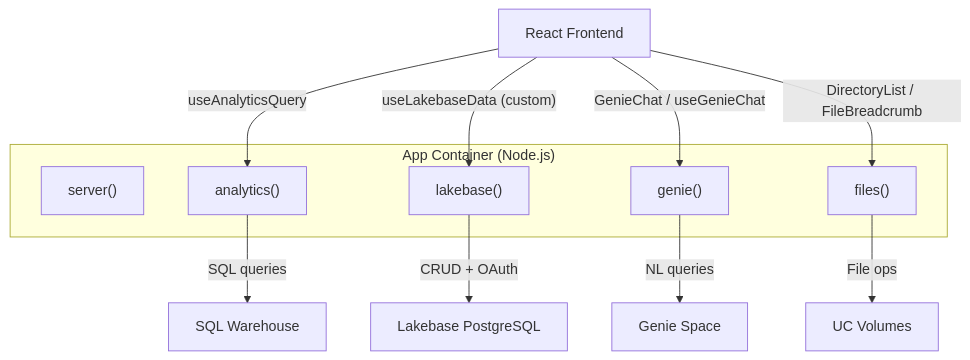
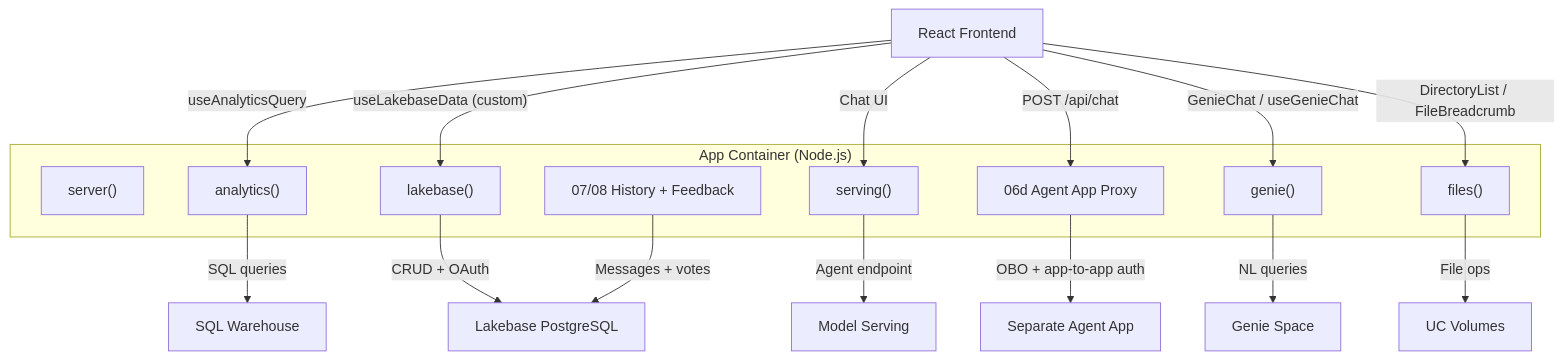
One commit to databricks-solutions/vibe-coding-workshop-template changed the seventh of 8 diagrams in presentations/workshop.marp.md. Above: the diagram before and after it, drawn with Mermaid. The commit also changed other lines of this file and 253 other files, not shown here.

```diff
--- a/presentations/workshop.marp.md
+++ b/presentations/workshop.marp.md
@@ -2553,18 +2556,26 @@
 <div class="mermaid">
 graph TB
     subgraph AppContainer["App Container (Node.js)"]
         Server["server()"]
         Analytics["analytics()"]
         Lakebase["lakebase()"]
+        Serving["serving()"]
         Genie["genie()"]
         Files["files()"]
+        Proxy["06d Agent App Proxy"]
+        History["07/08 History + Feedback"]
     end
     Analytics -->|SQL queries| WH["SQL Warehouse"]
     Lakebase -->|CRUD + OAuth| PG["Lakebase PostgreSQL"]
     Genie -->|NL queries| GS["Genie Space"]
     Files -->|File ops| UC["UC Volumes"]
+    Serving -->|Agent endpoint| EP["Model Serving"]
+    Proxy -->|OBO + app-to-app auth| AA["Separate Agent App"]
+    History -->|Messages + votes| PG
     Client["React Frontend"] -->|"useAnalyticsQuery"| Analytics
     Client -->|"useLakebaseData (custom)"| Lakebase
+    Client -->|"Chat UI"| Serving
+    Client -->|"POST /api/chat"| Proxy
     Client -->|"GenieChat / useGenieChat"| Genie
     Client -->|"DirectoryList / FileBreadcrumb"| Files
 </div>
```
